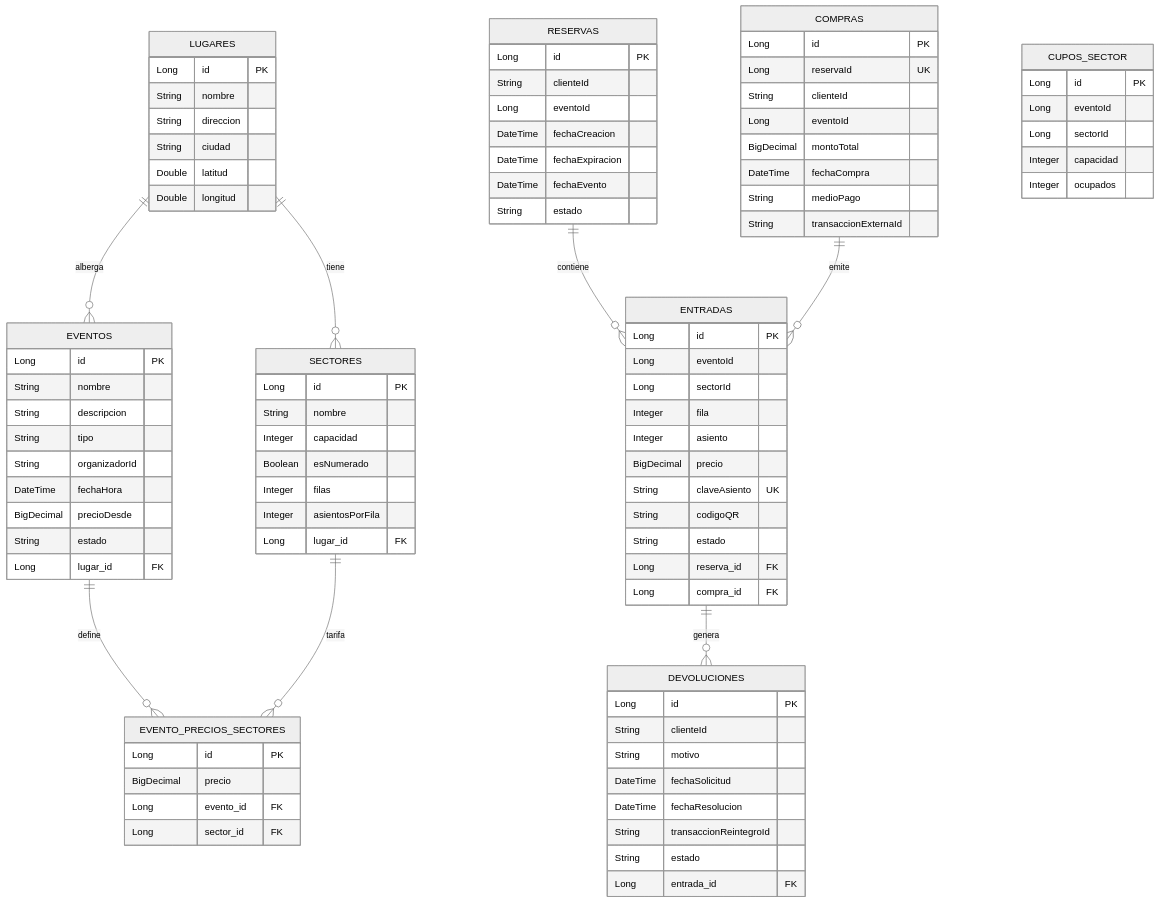
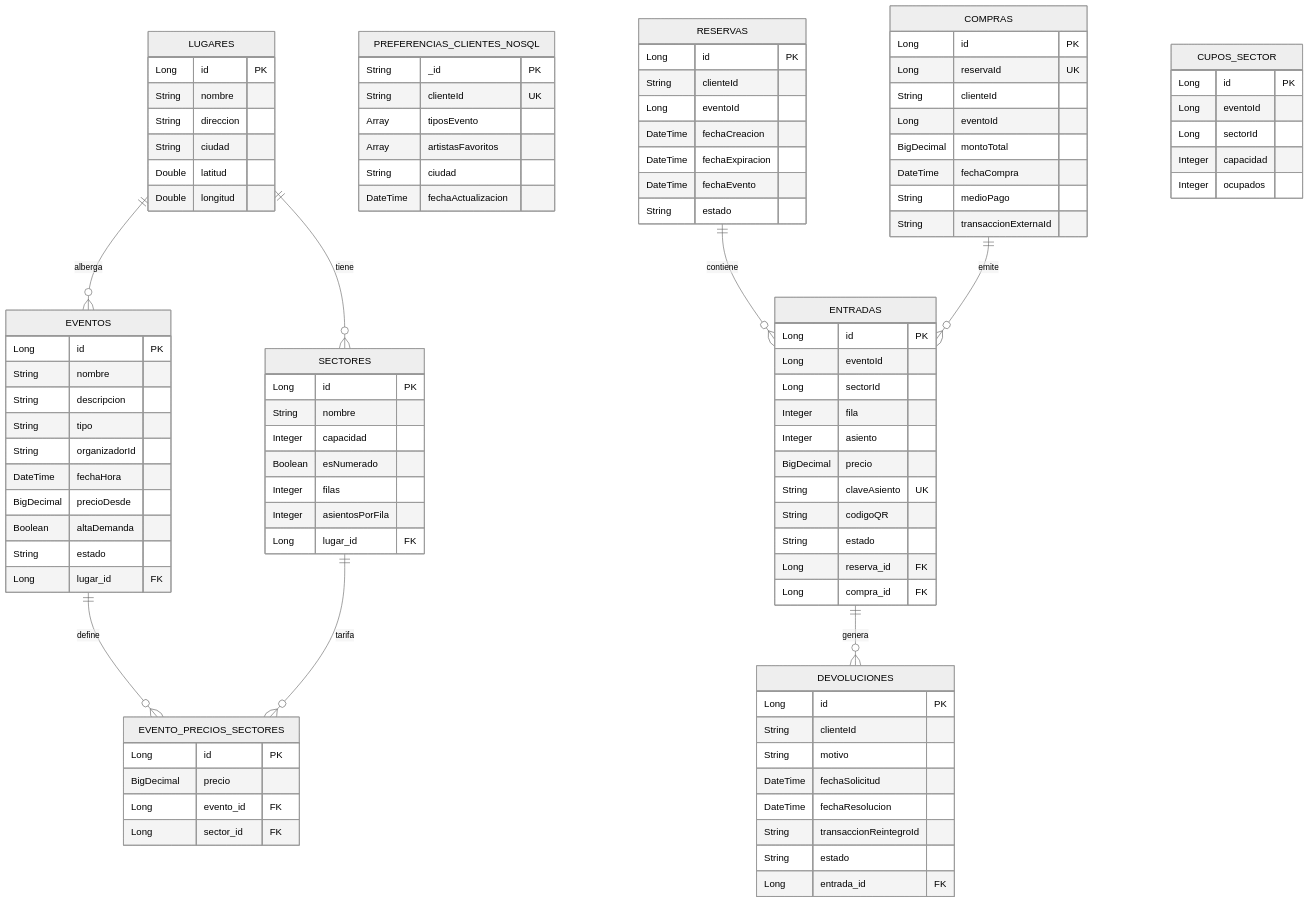
Before and after one commit to BrandonPenna/GrupoArqui: the third of 4 diagrams in docs/arquitectura.md, drawn with Mermaid (neutral theme). The commit also changed other lines of this file and 8 other files, not shown here.

```diff
--- a/docs/arquitectura.md
+++ b/docs/arquitectura.md
@@ -110,8 +113,18 @@
         String organizadorId
         DateTime fechaHora
         BigDecimal precioDesde
+        Boolean altaDemanda
         String estado
         Long lugar_id FK
+    }
+
+    PREFERENCIAS_CLIENTES_NOSQL {
+        String _id PK
+        String clienteId UK
+        Array tiposEvento
+        Array artistasFavoritos
+        String ciudad
+        DateTime fechaActualizacion
     }
 
     EVENTO_PRECIOS_SECTORES {
```
